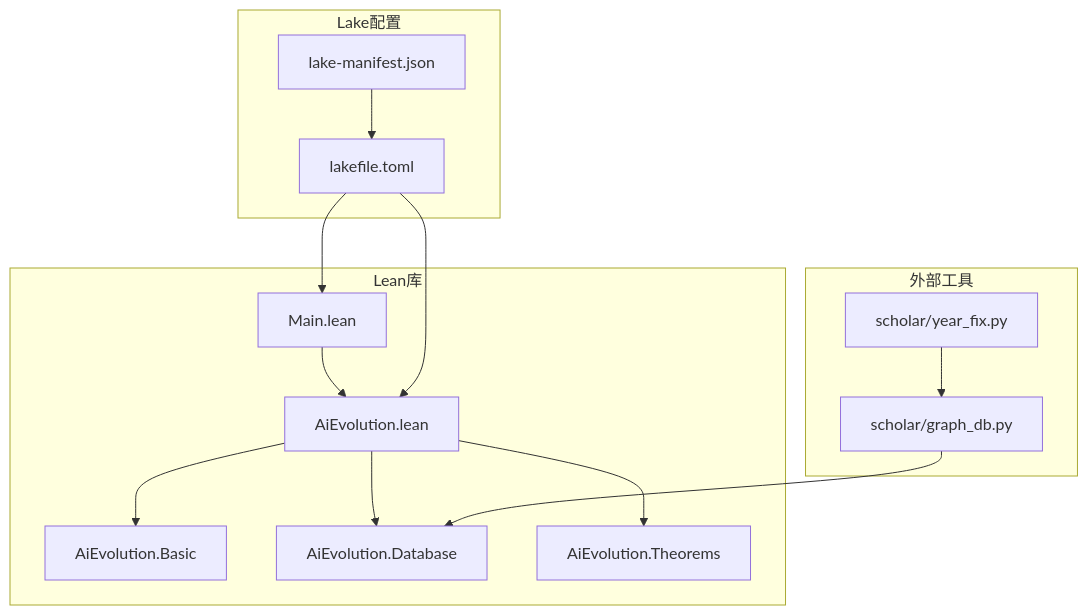
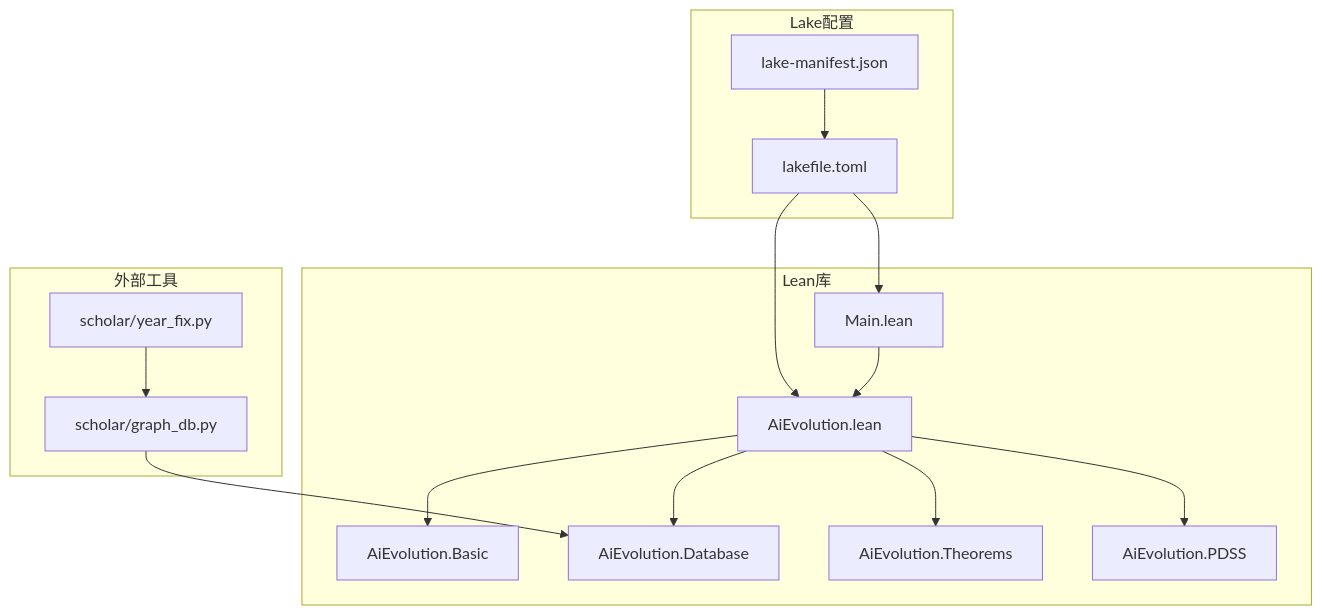
The first of 8 diagrams in .qoder/repowiki/zh/content/Lean4形式化验证系统/Lean4形式化验证系统.md (1173591564/academic-based-qoder), drawn with Mermaid before and after one commit. The commit also changed other lines of this file and 89 other files, not shown here.

````diff
--- a/.qoder/repowiki/zh/content/Lean4形式化验证系统/Lean4形式化验证系统.md
+++ b/.qoder/repowiki/zh/content/Lean4形式化验证系统/Lean4形式化验证系统.md
@@ -35,27 +49,29 @@
 ```mermaid
 graph TB
 subgraph "Lean库"
 Root["AiEvolution.lean"]
 Basic["AiEvolution.Basic"]
 DB["AiEvolution.Database"]
 Thm["AiEvolution.Theorems"]
+PDSS["AiEvolution.PDSS"]
 Main["Main.lean"]
 end
 subgraph "Lake配置"
 LakeToml["lakefile.toml"]
 Manifest["lake-manifest.json"]
 end
 subgraph "外部工具"
 YearFix["scholar/year_fix.py"]
 GraphDB["scholar/graph_db.py"]
 end
 Root --> Basic
 Root --> DB
 Root --> Thm
+Root --> PDSS
 Main --> Root
 LakeToml --> Root
 LakeToml --> Main
 Manifest --> LakeToml
 YearFix --> GraphDB
 GraphDB --> DB
 ```
````
